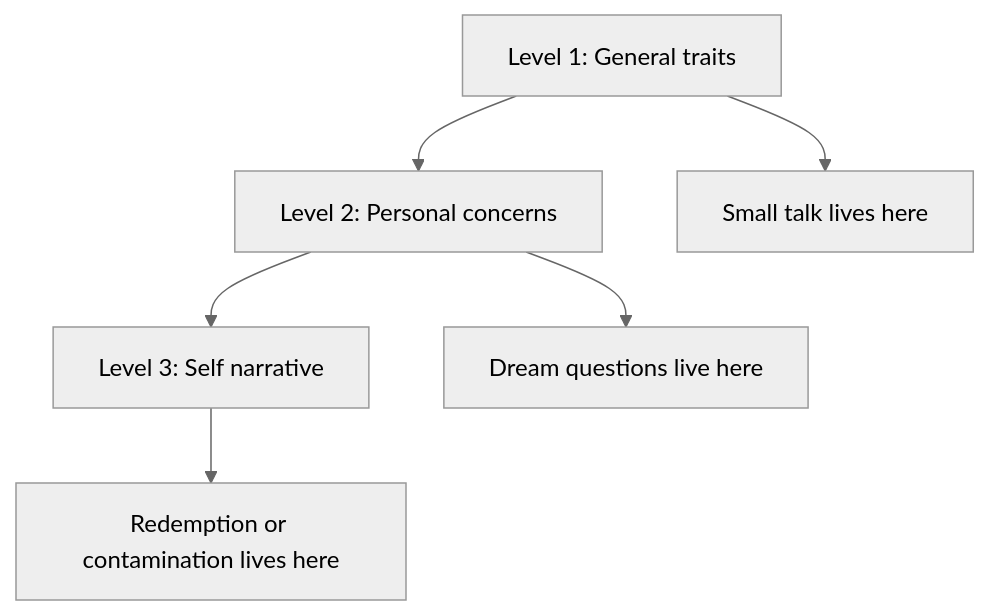
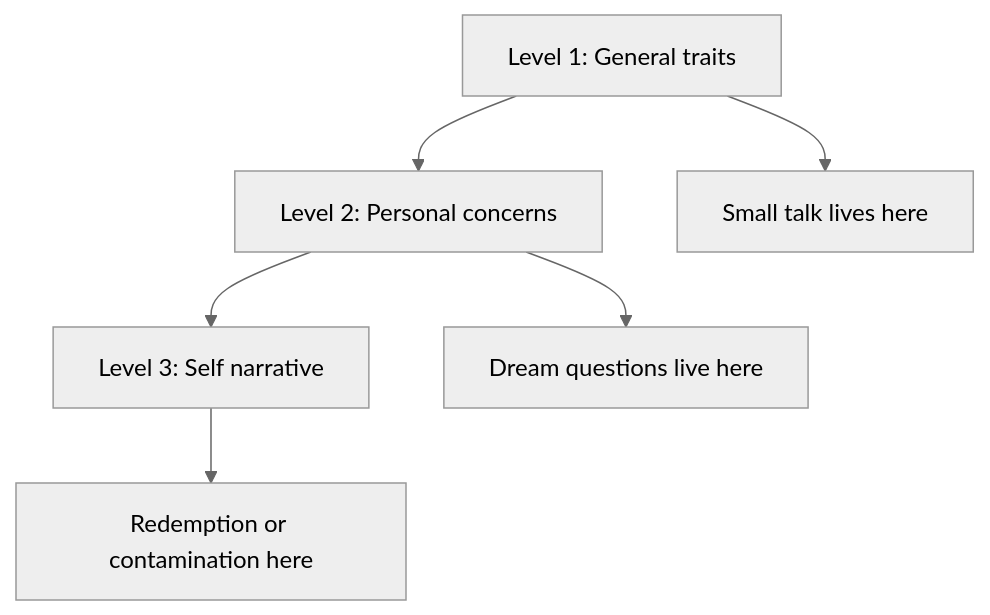
One commit to jrajath94/ai-podcast-curriculum changed the diagram in content/tracks/charisma/ep03.md. Above: the diagram before and after it, drawn with Mermaid (neutral theme).

Commit message:
Charisma: 35 figures (F1-F7 PASS)

````diff
--- a/content/tracks/charisma/ep03.md
+++ b/content/tracks/charisma/ep03.md
@@ -143,8 +143,8 @@
 ```mermaid
 graph TD
     A[Level 1: General traits] --> B[Level 2: Personal concerns]
     B --> C[Level 3: Self narrative]
     A --> D[Small talk lives here]
     B --> E[Dream questions live here]
-    C --> F[Redemption or contamination lives here]
+    C --> F[Redemption or contamination here]
 ```
````
